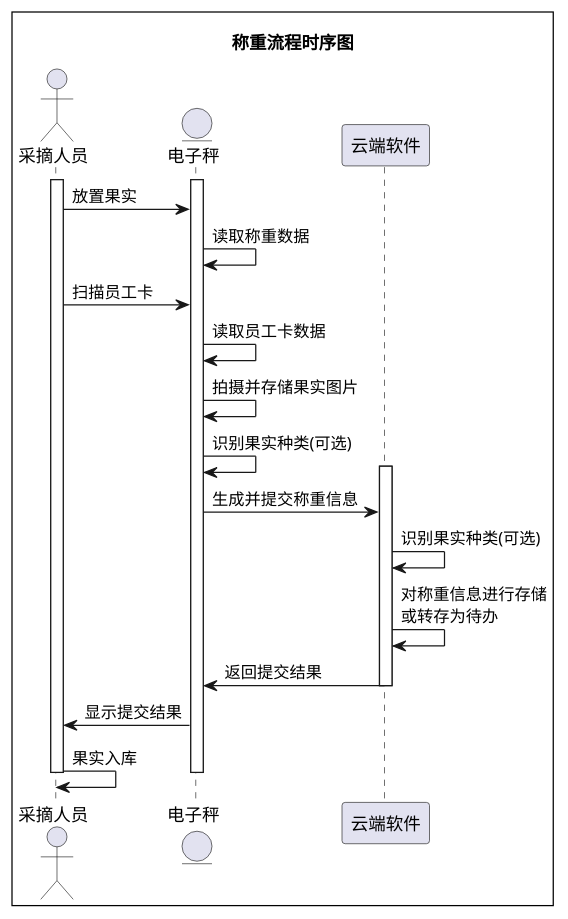
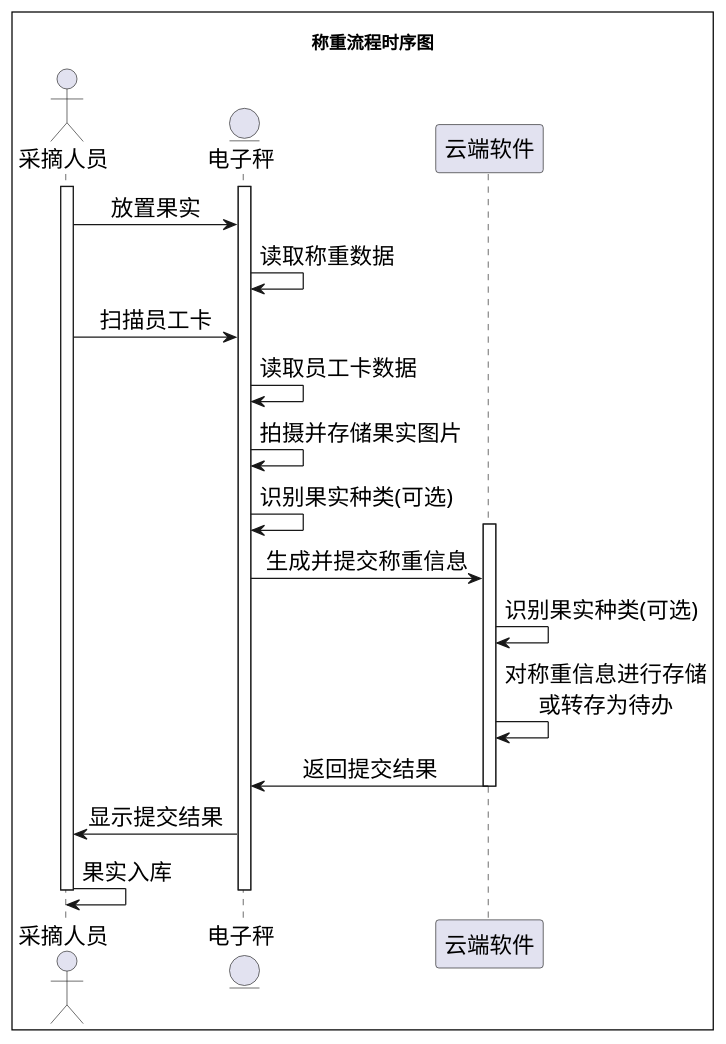
Before and after one commit to akynazh/aws: the diagram in design/称重流程时序图.puml, drawn with PlantUML. The commit also changed 10 other files, not shown here.

```diff
--- a/design/称重流程时序图.puml
+++ b/design/称重流程时序图.puml
@@ -1,32 +1,35 @@
 @startuml 称重流程时序图
+
+skinparam sequenceMessageAlign center
+skinparam defaultFontSize 18
 
 skinparam Diagram {
   BorderColor black
   BorderThickness 1
 }
 
 title 称重流程时序图
 
 actor 采摘人员 as staff
 entity 电子秤 as scale
 participant 云端软件 as server
 
 activate staff
 activate scale
 staff->scale: 放置果实
 scale->scale: 读取称重数据
 staff->scale: 扫描员工卡
 scale->scale: 读取员工卡数据
 scale->scale: 拍摄并存储果实图片
 scale->scale: 识别果实种类(可选)
 activate server
 scale->server: 生成并提交称重信息
 server->server: 识别果实种类(可选)
 server->server: 对称重信息进行存储\n或转存为待办
 server->scale: 返回提交结果
 deactivate server
 scale->staff: 显示提交结果
 staff->staff: 果实入库
 deactivate scale
 deactivate staff
 @enduml
```
